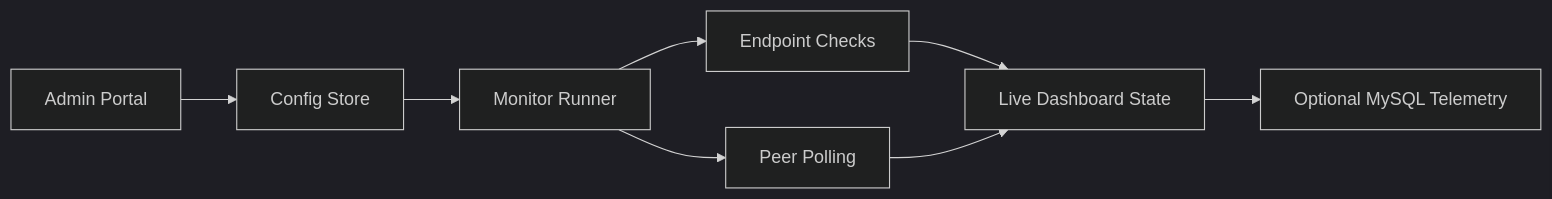
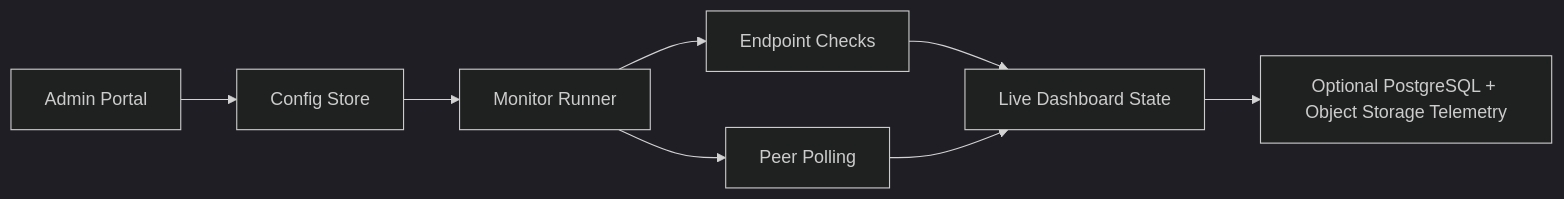
Before and after one commit to CoreyW-git/async-service-monitor: the first of 3 diagrams in README.md, drawn with Mermaid (dark theme). The commit also changed other lines of this file and 19 other files, not shown here.

````diff
--- a/README.md
+++ b/README.md
@@ -21,10 +21,10 @@
 ```mermaid
 flowchart LR
     A["Admin Portal"] --> B["Config Store"]
     B --> C["Monitor Runner"]
     C --> D["Endpoint Checks"]
     C --> E["Peer Polling"]
     D --> F["Live Dashboard State"]
     E --> F
-    F --> G["Optional MySQL Telemetry"]
+    F --> G["Optional PostgreSQL + Object Storage Telemetry"]
 ```
````
